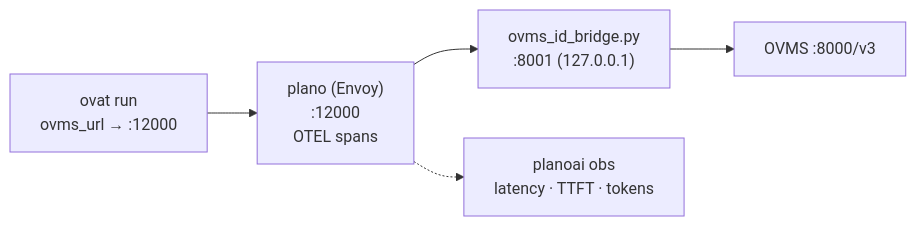
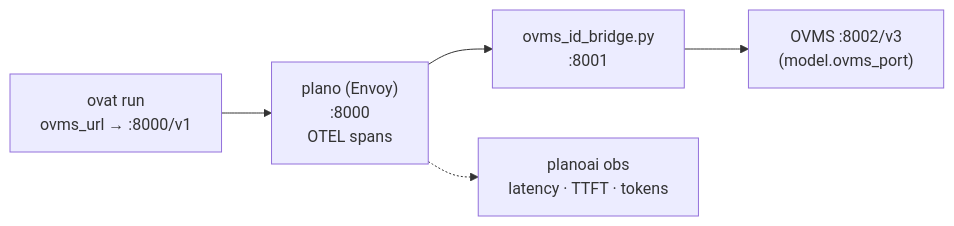
Diagram 11 of 11 in docs/ARCHITECTURE.md (Lagmator22/ovat), drawn with Mermaid before and after one commit. The commit also changed 4 other files, not shown here.

First line of the commit message:
docs(plano): one set of ports everywhere, and a bridge command that works

````diff
--- a/docs/ARCHITECTURE.md
+++ b/docs/ARCHITECTURE.md
@@ -750,7 +750,7 @@
 ```mermaid
 flowchart LR
-    OVAT["ovat run<br/>ovms_url → :12000"] --> Plano["plano (Envoy)<br/>:12000<br/>OTEL spans"]
-    Plano --> Bridge["ovms_id_bridge.py<br/>:8001 (127.0.0.1)"]
-    Bridge --> OVMS["OVMS :8000/v3"]
+    OVAT["ovat run<br/>ovms_url → :8000/v1"] --> Plano["plano (Envoy)<br/>:8000<br/>OTEL spans"]
+    Plano --> Bridge["ovms_id_bridge.py<br/>:8001"]
+    Bridge --> OVMS["OVMS :8002/v3<br/>(model.ovms_port)"]
     Plano -.-> Obs["planoai obs<br/>latency · TTFT · tokens"]
 ```
````
